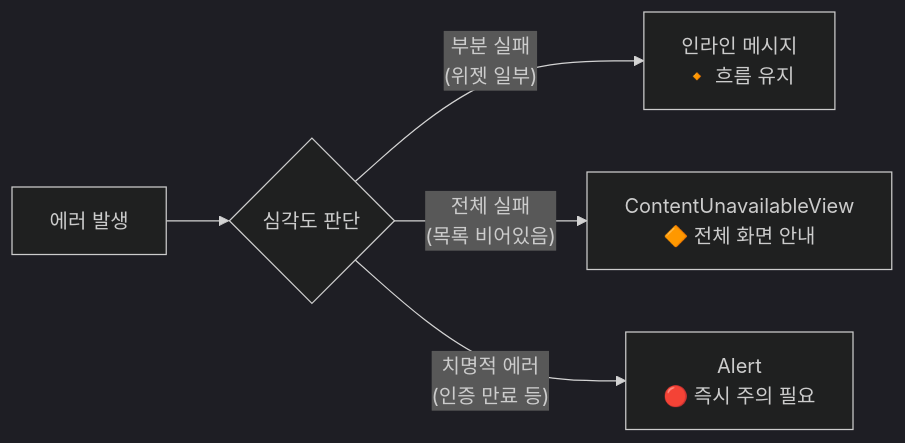
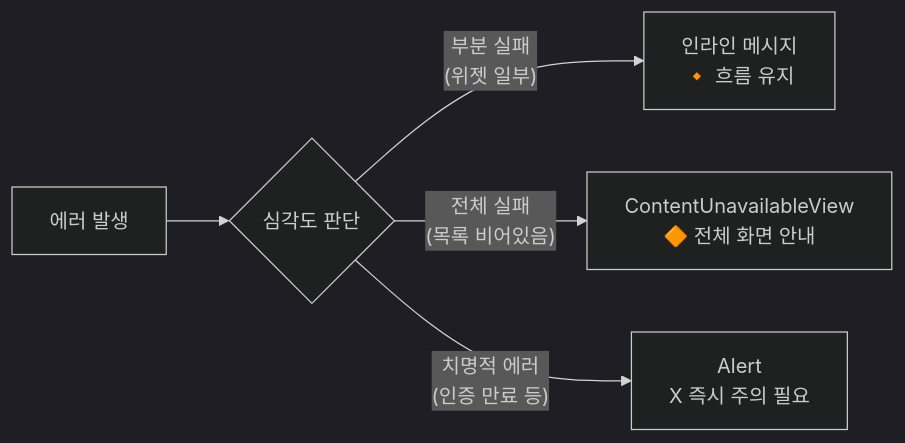
Before and after one commit to jsonpassion/forge-tutorial-swift: the second of 4 diagrams in 07-networking/04-error-handling.md, drawn with Mermaid (dark theme). The commit also changed other lines of this file and 69 other files, not shown here.

````diff
--- a/07-networking/04-error-handling.md
+++ b/07-networking/04-error-handling.md
@@ -168,7 +168,7 @@
 ```mermaid
 flowchart LR
     A["에러 발생"] --> B{"심각도 판단"}
-    B -->|"부분 실패\n(위젯 일부)"| C["인라인 메시지\n🔸 흐름 유지"]
-    B -->|"전체 실패\n(목록 비어있음)"| D["ContentUnavailableView\n🔶 전체 화면 안내"]
-    B -->|"치명적 에러\n(인증 만료 등)"| E["Alert\n🔴 즉시 주의 필요"]
+    B -->|"부분 실패<br/>(위젯 일부)"| C["인라인 메시지<br/>🔸 흐름 유지"]
+    B -->|"전체 실패<br/>(목록 비어있음)"| D["ContentUnavailableView<br/>🔶 전체 화면 안내"]
+    B -->|"치명적 에러<br/>(인증 만료 등)"| E["Alert<br/>X 즉시 주의 필요"]
 ```
````
